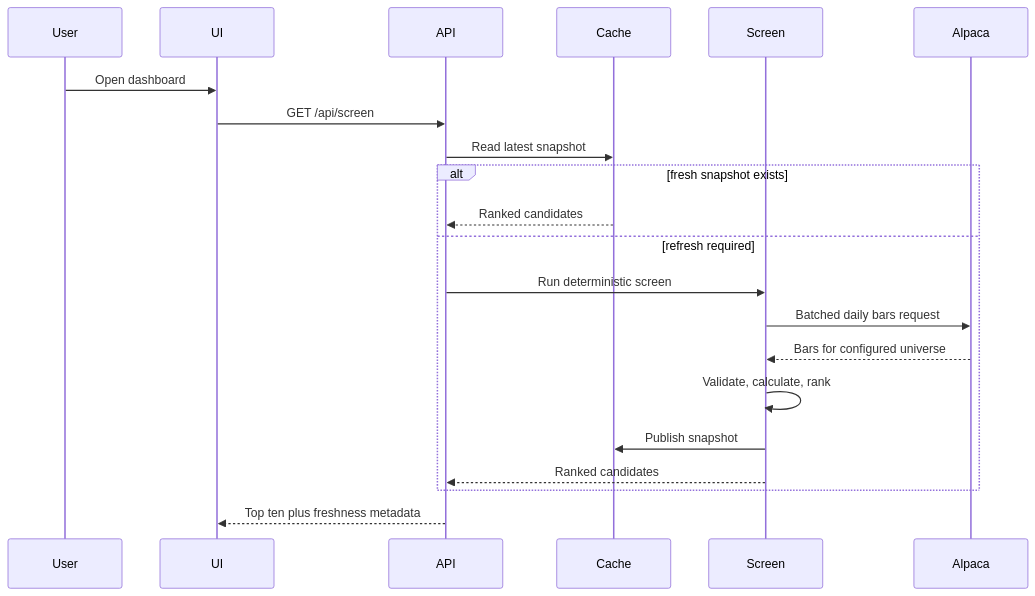
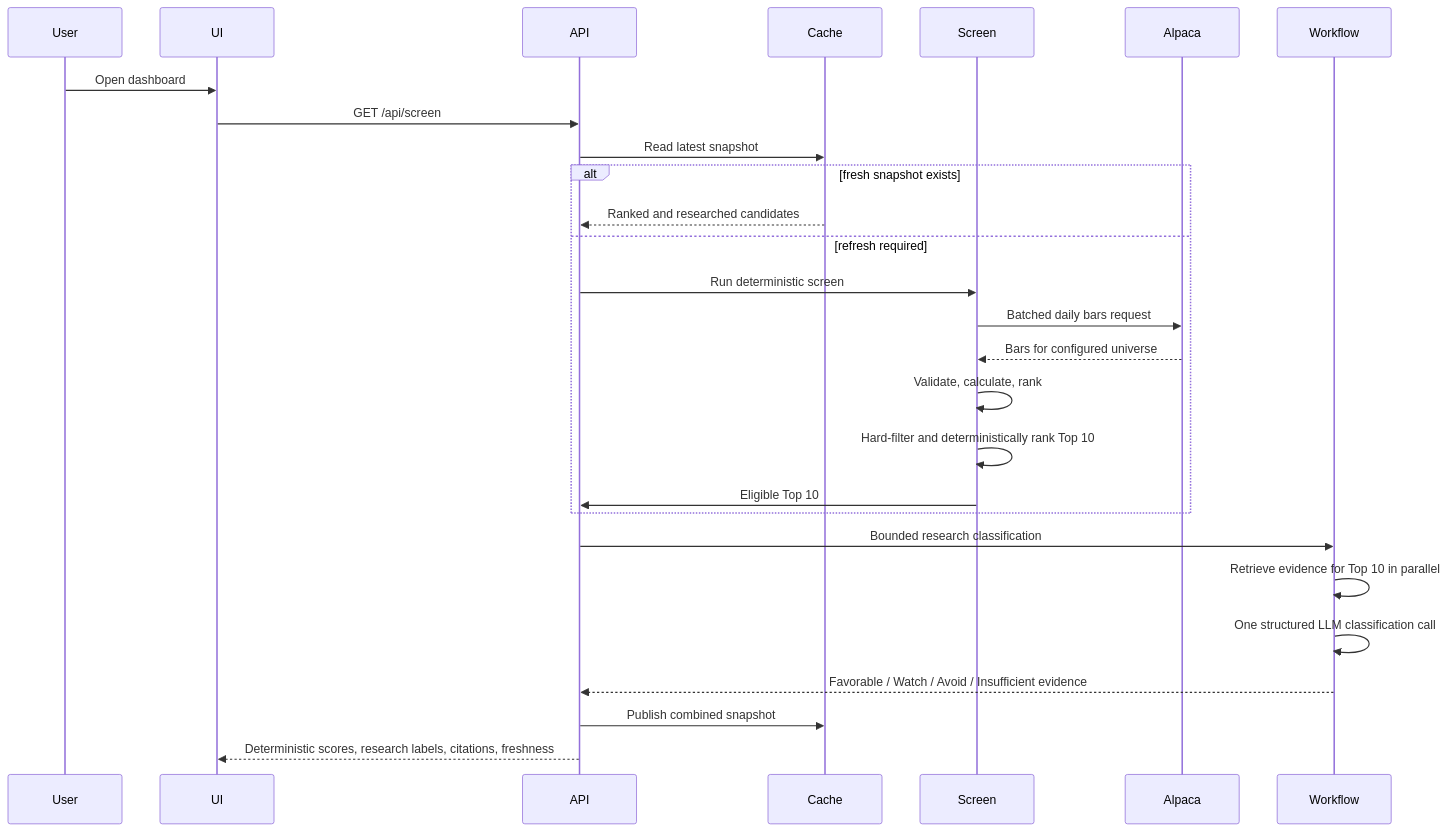
The third of 4 diagrams in docs/ARCHITECTURE.md (SaiKalyan124/csp-screener-capstone), drawn with Mermaid before and after one commit. The commit also changed other lines of this file and 11 other files, not shown here.

Commit message:
Add eligibility ranking and shortlist research classification

````diff
--- a/docs/ARCHITECTURE.md
+++ b/docs/ARCHITECTURE.md
@@ -48,24 +48,29 @@
 ```mermaid
 sequenceDiagram
     participant User
     participant UI
     participant API
     participant Cache
     participant Screen
     participant Alpaca
 
     User->>UI: Open dashboard
     UI->>API: GET /api/screen
     API->>Cache: Read latest snapshot
     alt fresh snapshot exists
-        Cache-->>API: Ranked candidates
+        Cache-->>API: Ranked and researched candidates
     else refresh required
         API->>Screen: Run deterministic screen
         Screen->>Alpaca: Batched daily bars request
         Alpaca-->>Screen: Bars for configured universe
         Screen->>Screen: Validate, calculate, rank
-        Screen->>Cache: Publish snapshot
-        Screen-->>API: Ranked candidates
+        Screen->>Screen: Hard-filter and deterministically rank Top 10
+        Screen->>API: Eligible Top 10
     end
-    API-->>UI: Top ten plus freshness metadata
+    API->>Workflow: Bounded research classification
+    Workflow->>Workflow: Retrieve evidence for Top 10 in parallel
+    Workflow->>Workflow: One structured LLM classification call
+    Workflow-->>API: Favorable / Watch / Avoid / Insufficient evidence
+    API->>Cache: Publish combined snapshot
+    API-->>UI: Deterministic scores, research labels, citations, freshness
 ```
````
